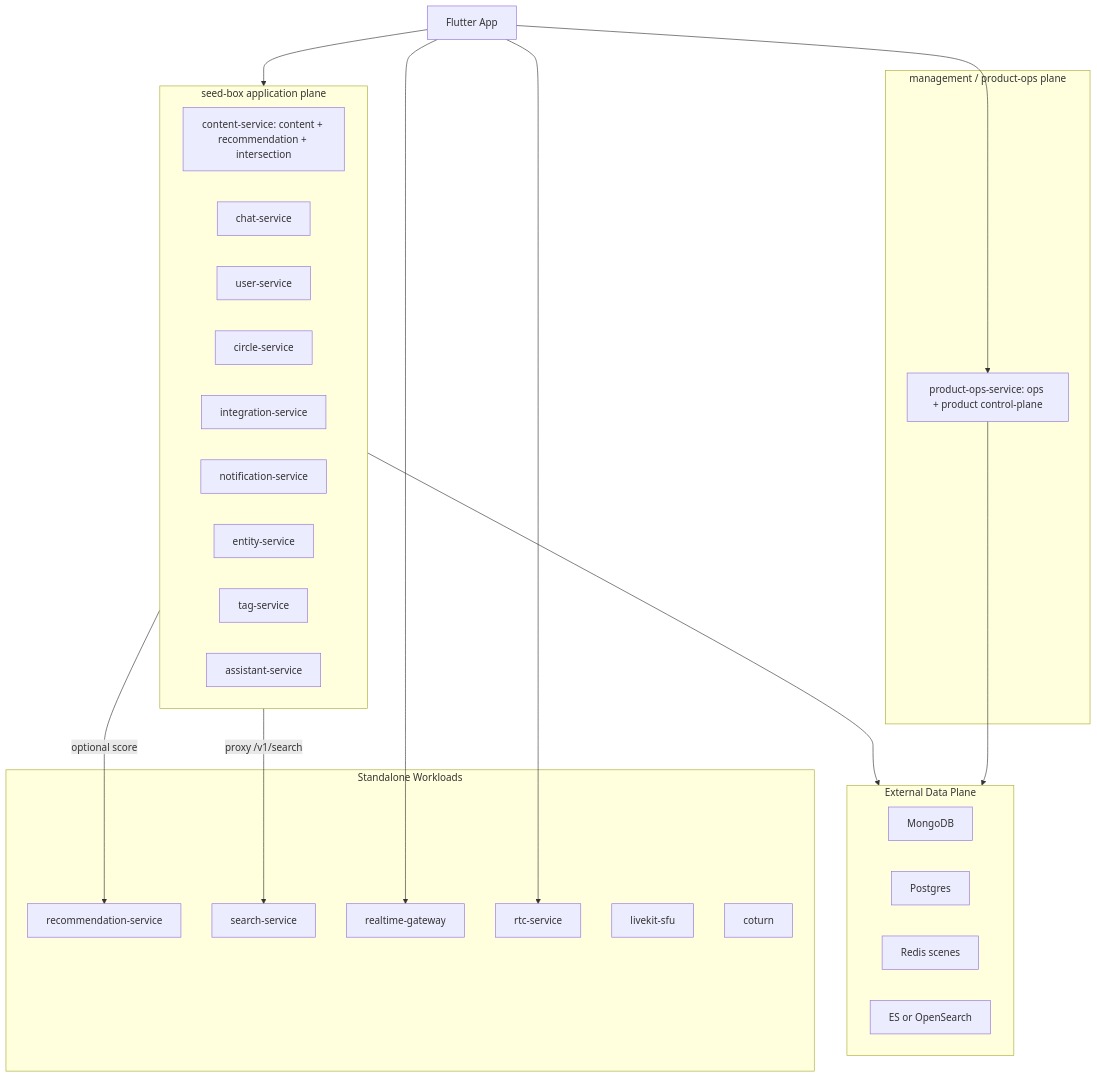
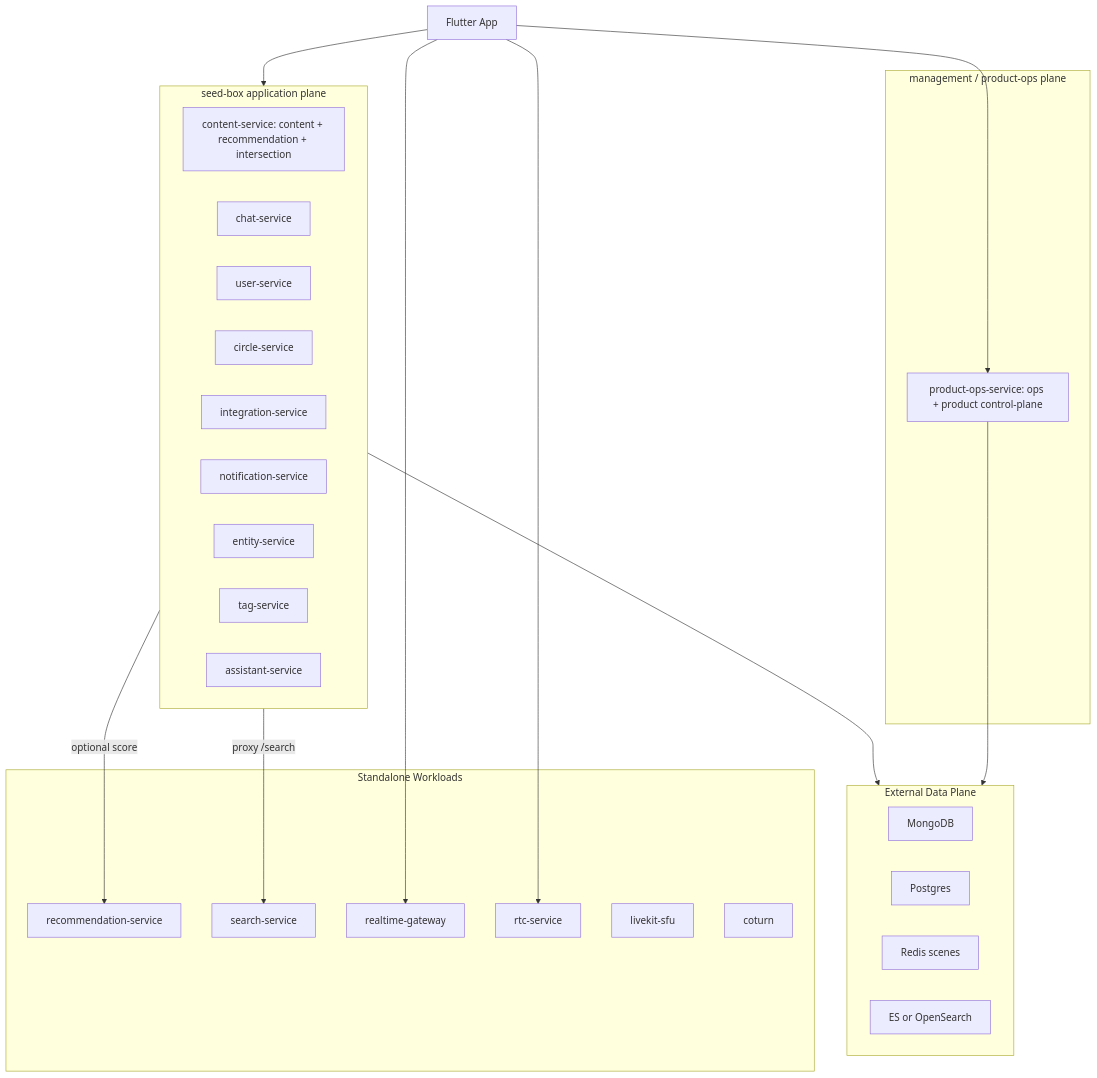
Before and after one commit to openstudio2022/quwoquan: the diagram in specs/feature-tree/runtime/system-architecture-and-engineering-guide/design.md, drawn with Mermaid. The commit also changed other lines of this file and 6809 other files, not shown here.

````diff
--- a/specs/feature-tree/runtime/system-architecture-and-engineering-guide/design.md
+++ b/specs/feature-tree/runtime/system-architecture-and-engineering-guide/design.md
@@ -273,40 +306,40 @@
 ```mermaid
 flowchart TB
   client["Flutter App"]
   subgraph seedBox ["seed-box application plane"]
     content["content-service: content + recommendation + intersection"]
     chat["chat-service"]
     user["user-service"]
     circle["circle-service"]
     integration["integration-service"]
     notification["notification-service"]
     entity["entity-service"]
     tag["tag-service"]
     assistant["assistant-service"]
   end
   subgraph managementPlane ["management / product-ops plane"]
     ops["product-ops-service: ops + product control-plane"]
   end
   subgraph dataPlane ["External Data Plane"]
     mongo["MongoDB"]
     postgres["Postgres"]
     redis["Redis scenes"]
     es["ES or OpenSearch"]
   end
   subgraph standalone ["Standalone Workloads"]
     recommendation["recommendation-service"]
     search["search-service"]
     realtime["realtime-gateway"]
     rtc["rtc-service"]
     livekit["livekit-sfu"]
     coturn["coturn"]
   end
   client --> seedBox
   client --> ops
   client --> realtime
   client --> rtc
   seedBox --> dataPlane
   ops --> dataPlane
   seedBox -->|"optional score"| recommendation
-  seedBox -->|"proxy /v1/search"| search
+  seedBox -->|"proxy /search"| search
 ```
````
